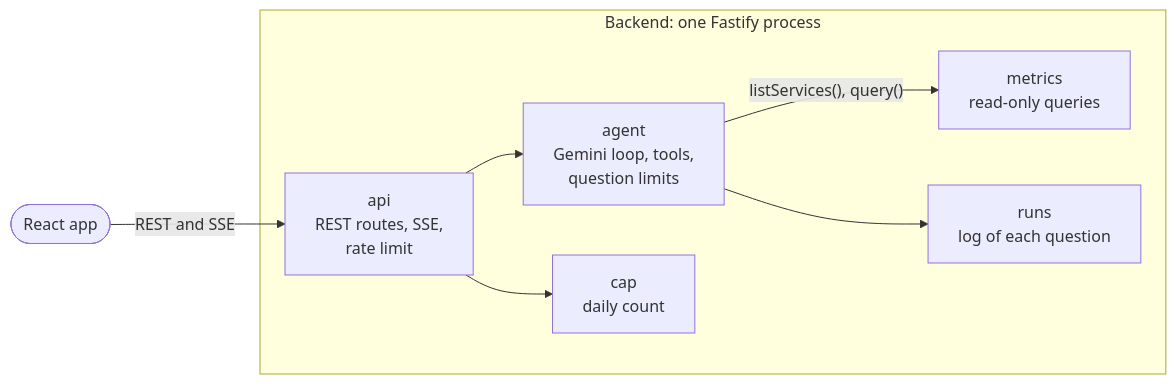
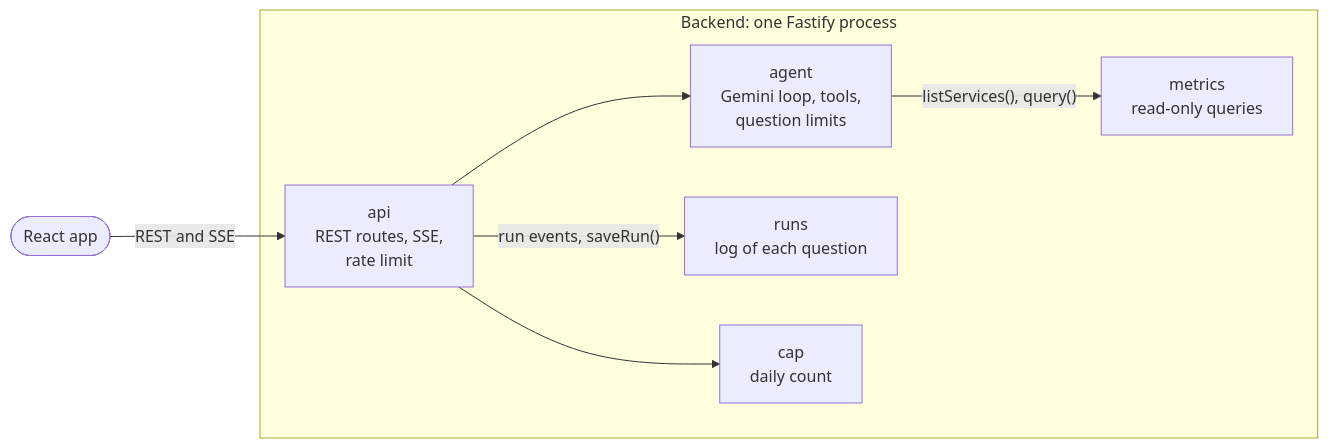
Before and after one commit to vovadyach/dashgen: the third of 8 diagrams in docs/design.md, drawn with Mermaid. The commit also changed other lines of this file and 19 other files, not shown here.

````diff
--- a/docs/design.md
+++ b/docs/design.md
@@ -157,18 +157,18 @@
 ```mermaid
 flowchart LR
     page(["React app"])
 
     subgraph backend ["Backend: one Fastify process"]
         api["api<br/>REST routes, SSE,<br/>rate limit"]
         agent["agent<br/>Gemini loop, tools,<br/>question limits"]
         metrics["metrics<br/>read-only queries"]
         runs["runs<br/>log of each question"]
         cap["cap<br/>daily count"]
     end
 
     page -->|"REST and SSE"| api
     api --> agent
+    api -->|"run events, saveRun()"| runs
     agent -->|"listServices(), query()"| metrics
-    agent --> runs
     api --> cap
 ```
````
